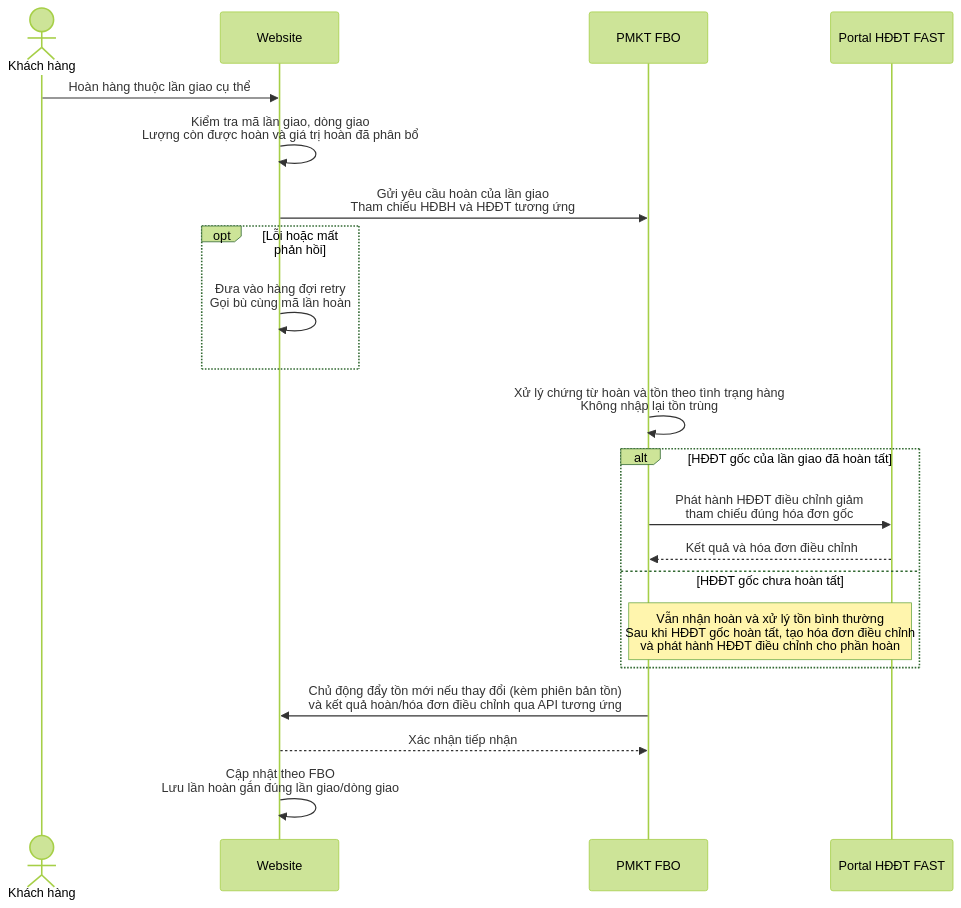
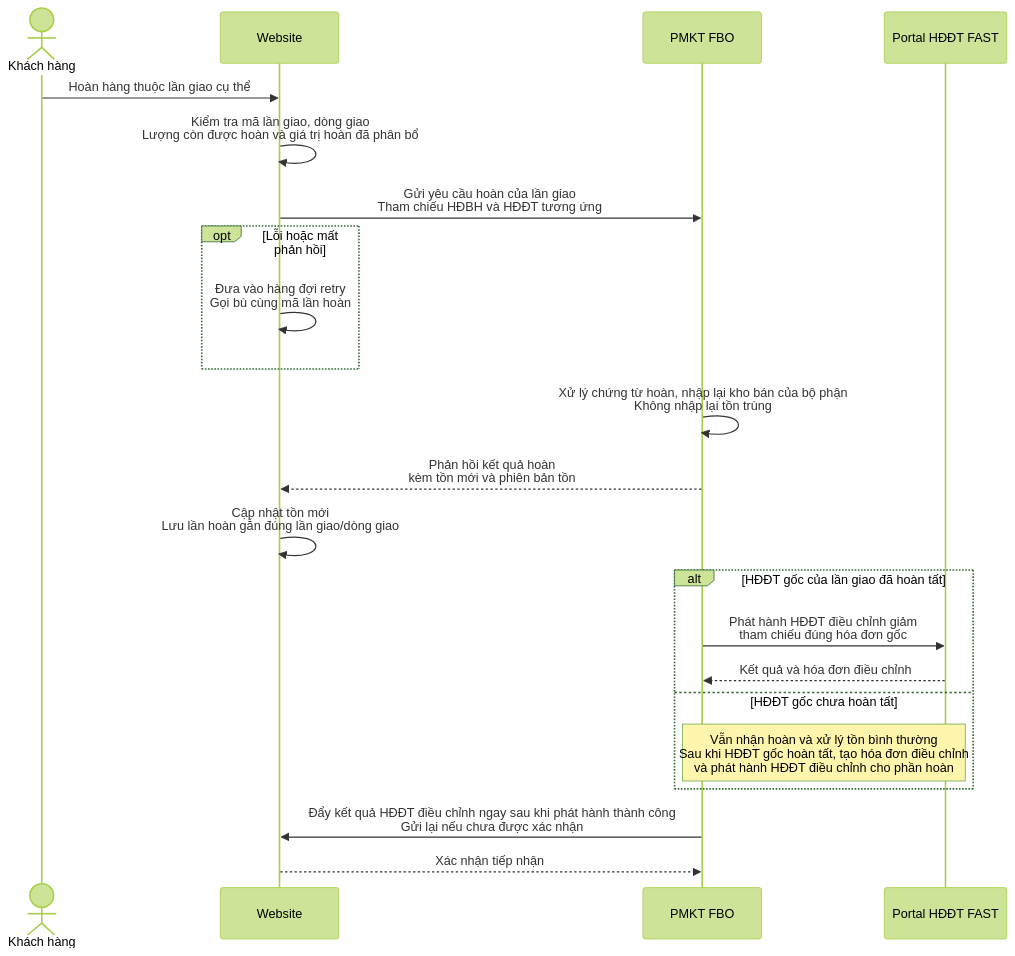
Before and after one commit to quangnh0609/PhuongThao: the fourth of 4 diagrams in 01.Ket_noi_website_1/docs/BRD_PhuongThao.md, drawn with Mermaid (forest theme). The commit also changed other lines of this file and 7 other files, not shown here.

````diff
--- a/01.Ket_noi_website_1/docs/BRD_PhuongThao.md
+++ b/01.Ket_noi_website_1/docs/BRD_PhuongThao.md
@@ -209,23 +209,24 @@
 ```mermaid
 sequenceDiagram
     actor KH as Khách hàng
     participant WEB as Website
     participant FBO as PMKT FBO
     participant PORTAL as Portal HĐĐT FAST
     KH->>WEB: Hoàn hàng thuộc lần giao cụ thể
     WEB->>WEB: Kiểm tra mã lần giao, dòng giao<br/>Lượng còn được hoàn và giá trị hoàn đã phân bổ
     WEB->>FBO: Gửi yêu cầu hoàn của lần giao<br/>Tham chiếu HĐBH và HĐĐT tương ứng
     opt Lỗi hoặc mất phản hồi
         WEB->>WEB: Đưa vào hàng đợi retry<br/>Gọi bù cùng mã lần hoàn
     end
-    FBO->>FBO: Xử lý chứng từ hoàn và tồn theo tình trạng hàng<br/>Không nhập lại tồn trùng
+    FBO->>FBO: Xử lý chứng từ hoàn, nhập lại kho bán của bộ phận<br/>Không nhập lại tồn trùng
+    FBO-->>WEB: Phản hồi kết quả hoàn<br/>kèm tồn mới và phiên bản tồn
+    WEB->>WEB: Cập nhật tồn mới<br/>Lưu lần hoàn gắn đúng lần giao/dòng giao
     alt HĐĐT gốc của lần giao đã hoàn tất
         FBO->>PORTAL: Phát hành HĐĐT điều chỉnh giảm<br/>tham chiếu đúng hóa đơn gốc
         PORTAL-->>FBO: Kết quả và hóa đơn điều chỉnh
     else HĐĐT gốc chưa hoàn tất
         Note over FBO,PORTAL: Vẫn nhận hoàn và xử lý tồn bình thường<br/>Sau khi HĐĐT gốc hoàn tất, tạo hóa đơn điều chỉnh<br/>và phát hành HĐĐT điều chỉnh cho phần hoàn
     end
-    FBO->>WEB: Chủ động đẩy tồn mới nếu thay đổi (kèm phiên bản tồn)<br/>và kết quả hoàn/hóa đơn điều chỉnh qua API tương ứng
+    FBO->>WEB: Đẩy kết quả HĐĐT điều chỉnh ngay sau khi phát hành thành công<br/>Gửi lại nếu chưa được xác nhận
     WEB-->>FBO: Xác nhận tiếp nhận
-    WEB->>WEB: Cập nhật theo FBO<br/>Lưu lần hoàn gắn đúng lần giao/dòng giao
 ```
````
